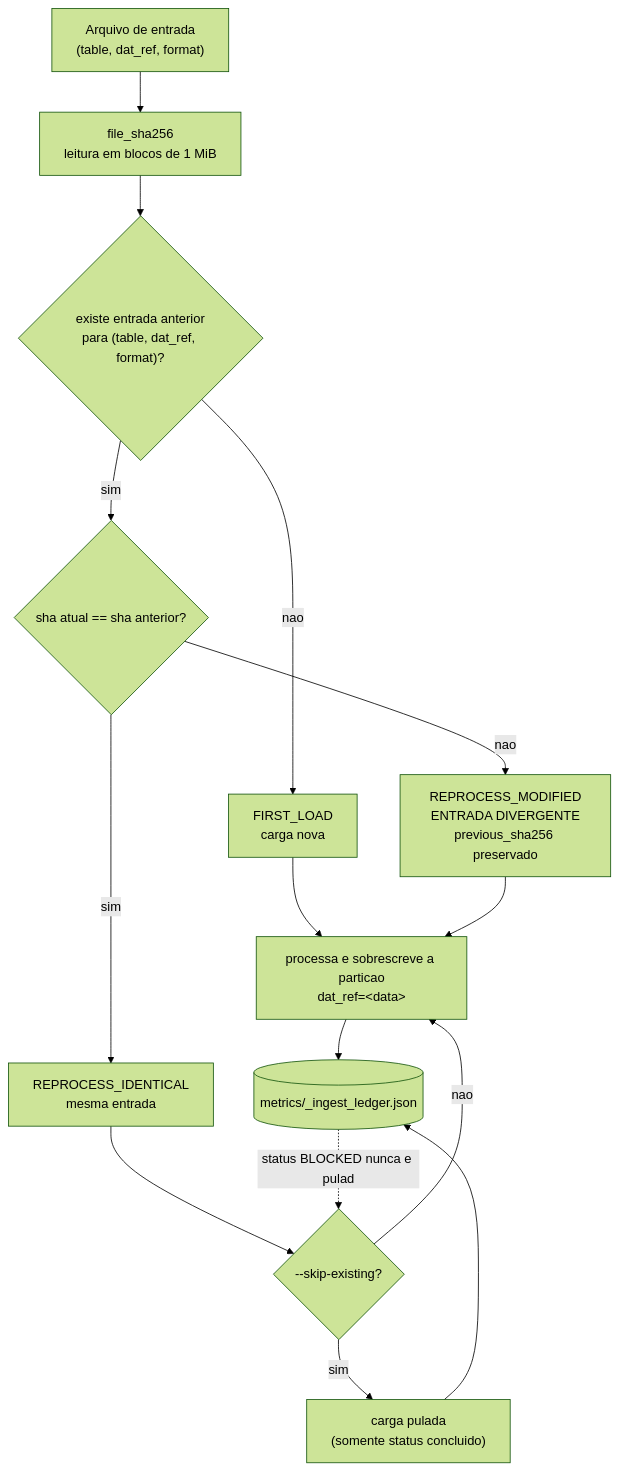
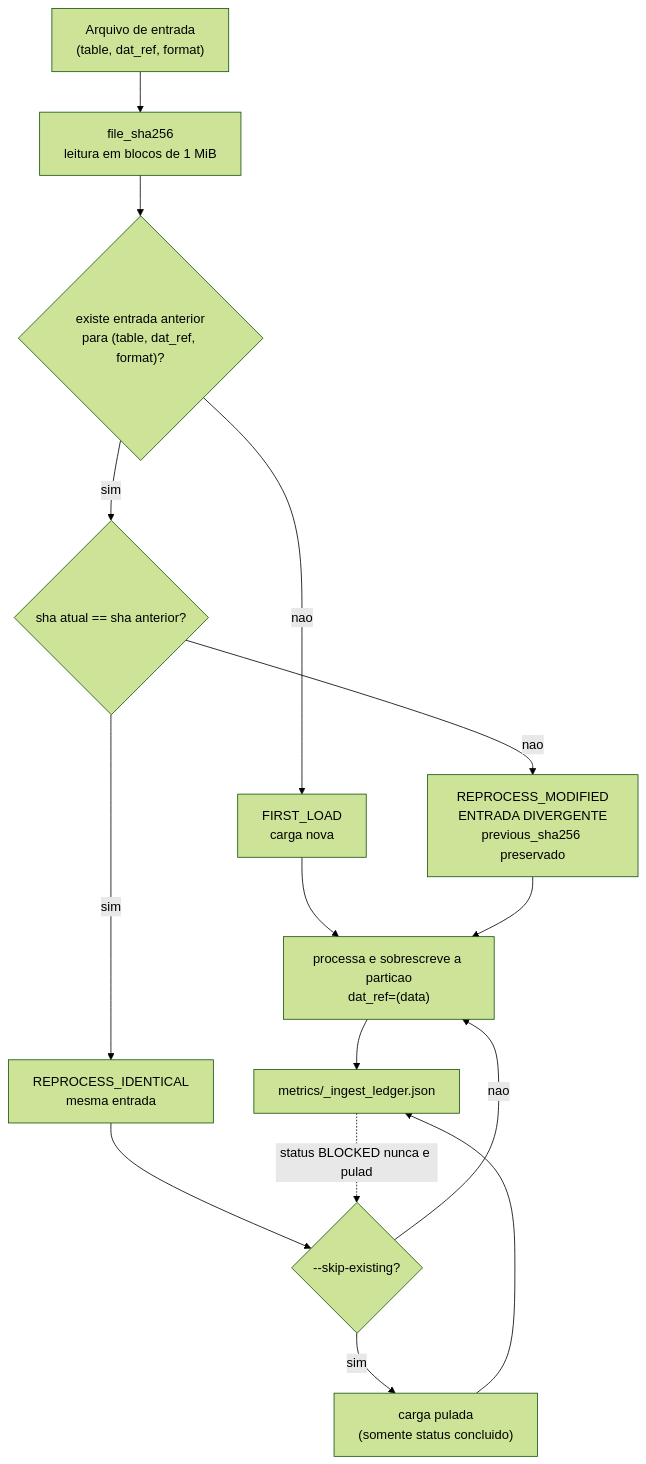
Before and after one commit to Knnovar/data-masters-nimbus: the sixth of 6 diagrams in README.md, drawn with Mermaid (forest theme). The commit also changed other lines of this file and 20 other files, not shown here.

Commit message:
adicionada estrutura completa com oneclick copiando a .env.example para .env, estrutura para gerar chave de minio com openssl, alteracao nas hash para idempotencia no dat_ref, adicao de mascaramento do PII, adicao de nova camada para GRANT na execucao

````diff
--- a/README.md
+++ b/README.md
@@ -179,25 +179,25 @@
 ```mermaid
-flowchart TD
+graph TD
     IN["Arquivo de entrada<br/>(table, dat_ref, format)"]
     SHA["file_sha256<br/>leitura em blocos de 1 MiB"]
-    LED[("metrics/_ingest_ledger.json")]
+    LED["metrics/_ingest_ledger.json"]
     Q1{"existe entrada anterior<br/>para (table, dat_ref, format)?"}
     FL["FIRST_LOAD<br/>carga nova"]
     Q2{"sha atual == sha anterior?"}
     RI["REPROCESS_IDENTICAL<br/>mesma entrada"]
     RM["REPROCESS_MODIFIED<br/>ENTRADA DIVERGENTE<br/>previous_sha256 preservado"]
     Q3{"--skip-existing?"}
     SKIP["carga pulada<br/>(somente status concluido)"]
-    RUNP["processa e sobrescreve a particao<br/>dat_ref=&lt;data&gt;"]
+    RUNP["processa e sobrescreve a particao<br/>dat_ref=(data)"]
 
     IN --> SHA --> Q1
     Q1 -- nao --> FL --> RUNP
     Q1 -- sim --> Q2
     Q2 -- sim --> RI --> Q3
     Q2 -- nao --> RM --> RUNP
     Q3 -- sim --> SKIP
     Q3 -- nao --> RUNP
     RUNP --> LED
     SKIP --> LED
     LED -.status BLOCKED nunca e pulado.-> Q3
 ```
````
